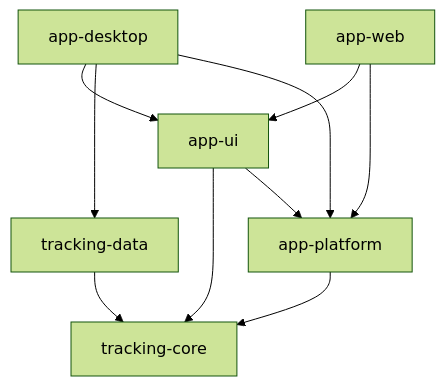
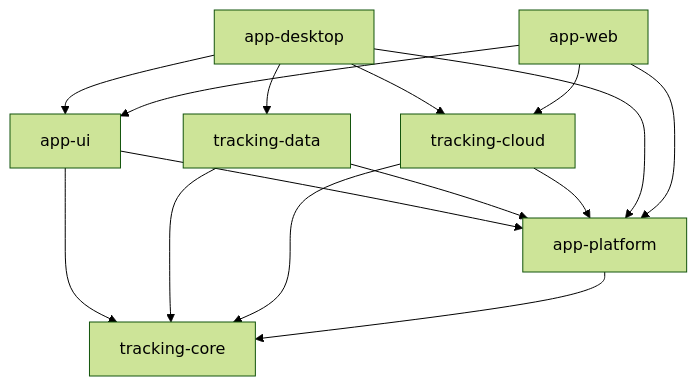
One commit to punkhomov/tracking changed the diagram in docs/architecture.md. Above: the diagram before and after it, drawn with Mermaid (forest theme). The commit also changed other lines of this file and 31 other files, not shown here.

````diff
--- a/docs/architecture.md
+++ b/docs/architecture.md
@@ -16,12 +17,17 @@
 ```mermaid
 flowchart TD
   Desktop[app-desktop] --> UI[app-ui]
   Web[app-web] --> UI
   UI --> Core[tracking-core]
   UI --> Platform[app-platform]
   Desktop --> Data[tracking-data]
+  Desktop --> Cloud[tracking-cloud]
+  Web --> Cloud
   Data --> Core
+  Data --> Platform
+  Cloud --> Core
+  Cloud --> Platform
   Desktop --> Platform
   Web --> Platform
   Platform --> Core
 ```
````
